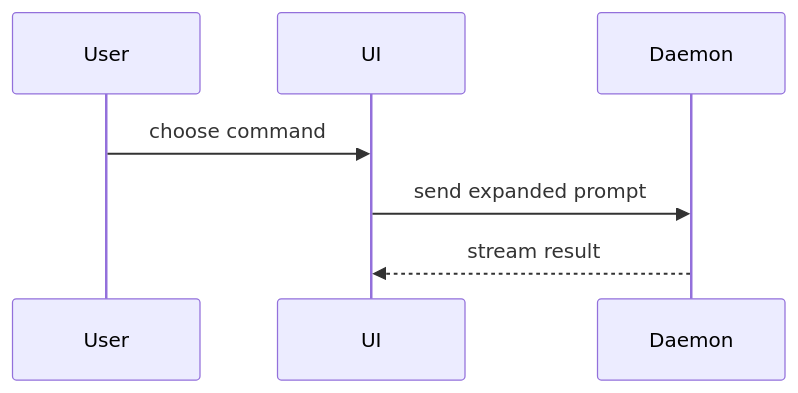
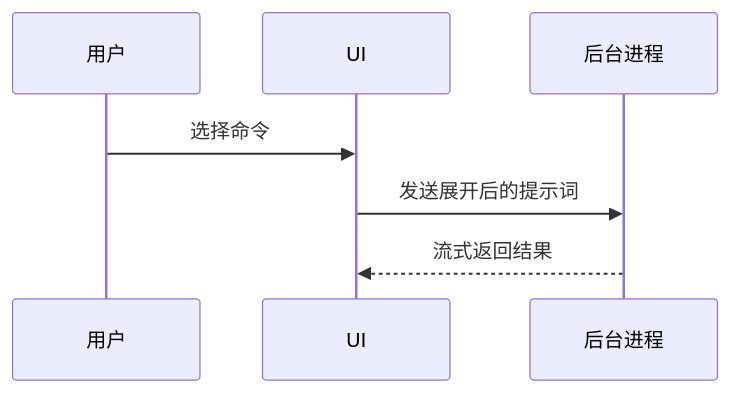
The diagram in global/show-me/SKILL.md (calvingit/skills), drawn with Mermaid before and after one commit. The commit also changed other lines of this file and 19 other files, not shown here.

````diff
--- a/global/show-me/SKILL.md
+++ b/global/show-me/SKILL.md
@@ -50,9 +50,9 @@
 ```mermaid
 sequenceDiagram
-    participant User
+    participant User as 用户
     participant UI
-    participant Daemon
-    User->>UI: choose command
-    UI->>Daemon: send expanded prompt
-    Daemon-->>UI: stream result
+    participant Daemon as 后台进程
+    User->>UI: 选择命令
+    UI->>Daemon: 发送展开后的提示词
+    Daemon-->>UI: 流式返回结果
 ```
````
